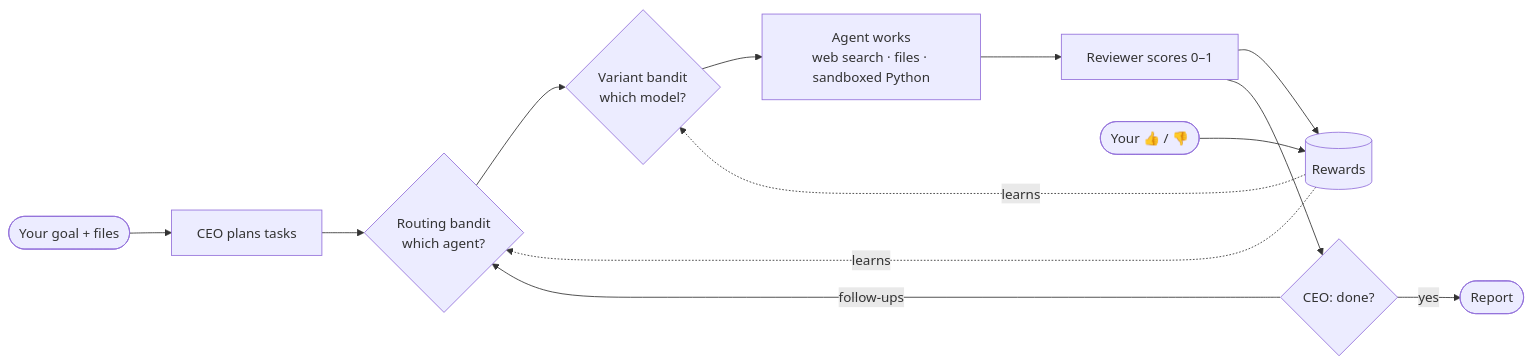
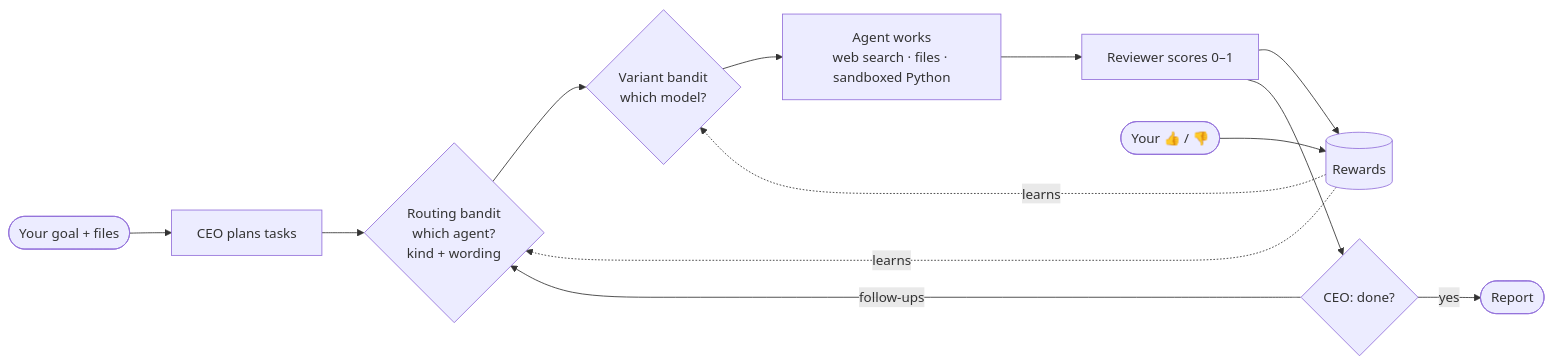
The diagram in README.md (amalmehta/AvengersAssemble), drawn with Mermaid before and after one commit. The commit also changed other lines of this file and 27 other files, not shown here.

````diff
--- a/README.md
+++ b/README.md
@@ -12,15 +12,15 @@
 ```mermaid
 flowchart LR
     G([Your goal + files]) --> CEO[CEO plans tasks]
-    CEO --> R{Routing bandit<br/>which agent?}
+    CEO --> R{Routing bandit<br/>which agent?<br/>kind + wording}
     R --> V{Variant bandit<br/>which model?}
     V --> A[Agent works<br/>web search · files · sandboxed Python]
     A --> J[Reviewer scores 0–1]
     J --> L[(Rewards)]
     U([Your 👍 / 👎]) --> L
     L -. learns .-> R
     L -. learns .-> V
     J --> C{CEO: done?}
     C -- follow-ups --> R
     C -- yes --> Rep([Report])
 ```
````
